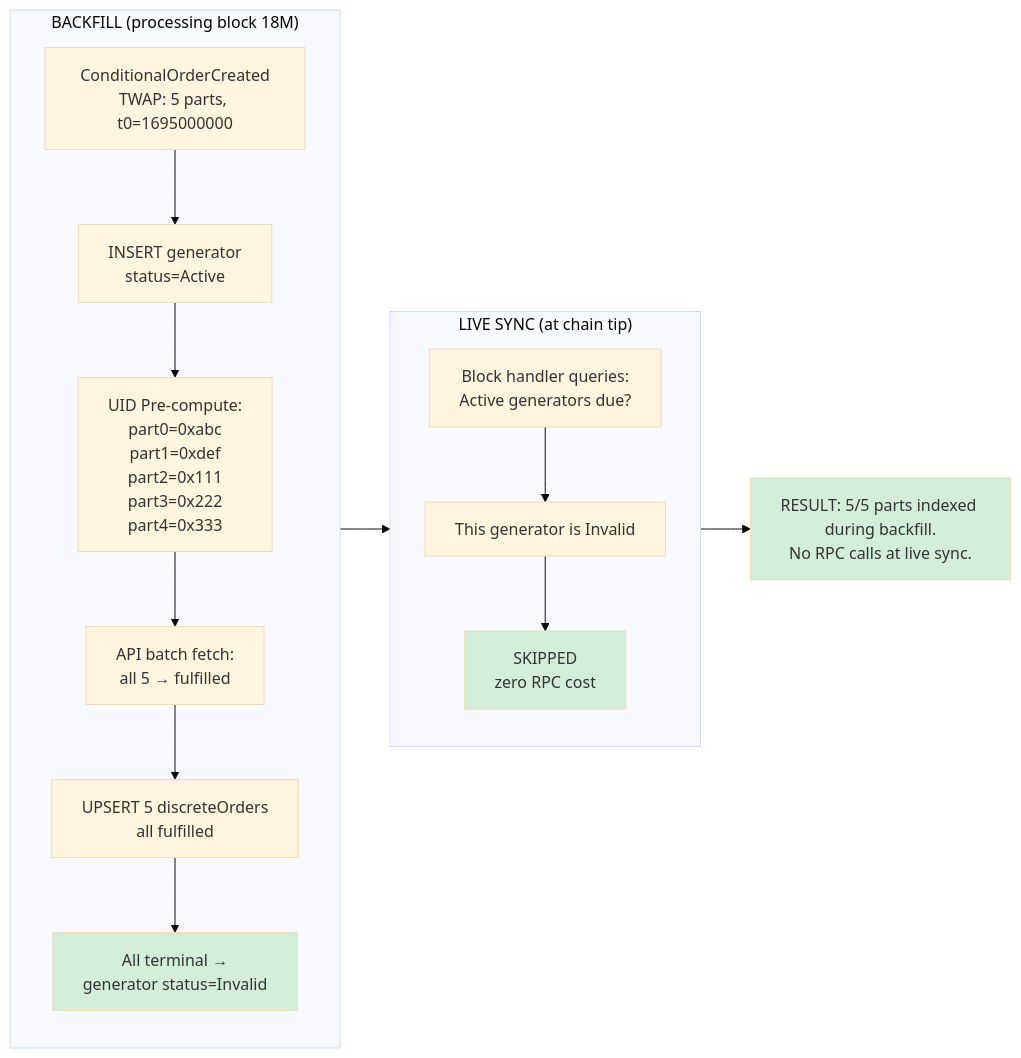
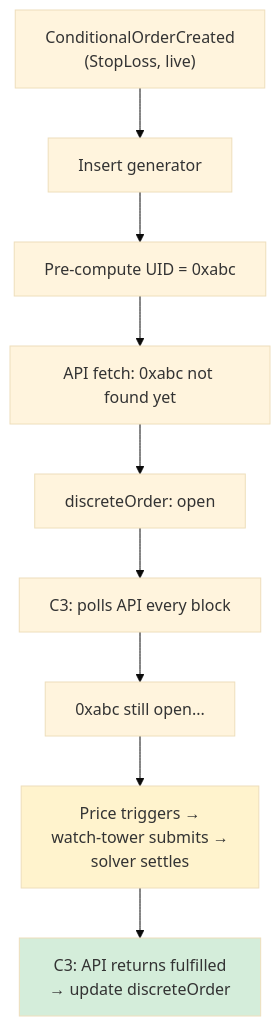
The fifth of 7 diagrams in agent_docs/m3-orderbook-integration-flow.md (bleu/cow-programmatic-orders-api), drawn with Mermaid (base theme) before and after one commit. The commit also changed other lines of this file, not shown here.

Commit message:
chore: rewritten flow doc with the new architecture

````diff
--- a/agent_docs/m3-orderbook-integration-flow.md
+++ b/agent_docs/m3-orderbook-integration-flow.md
@@ -654,30 +543,15 @@
 ```mermaid
-flowchart LR
-    subgraph Backfill["BACKFILL (processing block 18M)"]
-        direction TB
-        B1["ConditionalOrderCreated<br/>TWAP: 5 parts, t0=1695000000"]
-        B2["INSERT generator<br/>status=Active"]
-        B3["UID Pre-compute:<br/>part0=0xabc<br/>part1=0xdef<br/>part2=0x111<br/>part3=0x222<br/>part4=0x333"]
-        B4["API batch fetch:<br/>all 5 → fulfilled"]
-        B5["UPSERT 5 discreteOrders<br/>all fulfilled"]
-        B6["All terminal →<br/>generator status=Invalid"]
-        B1 --> B2 --> B3 --> B4 --> B5 --> B6
-    end
+flowchart TD
+    E["ConditionalOrderCreated<br/>(StopLoss, live)"] --> G["Insert generator"]
+    G --> Pre["Pre-compute UID = 0xabc"]
+    Pre --> API["API fetch: 0xabc not found yet"]
+    API --> Open["discreteOrder: open"]
 
-    subgraph Live["LIVE SYNC (at chain tip)"]
-        direction TB
-        L1["Block handler queries:<br/>Active generators due?"]
-        L2["This generator is Invalid"]
-        L3["SKIPPED<br/>zero RPC cost"]
-        L1 --> L2 --> L3
-    end
+    Open --> C3["C3: polls API every block"]
+    C3 --> Wait["0xabc still open..."]
+    Wait --> Trigger["Price triggers →<br/>watch-tower submits →<br/>solver settles"]
+    Trigger --> Fulfilled["C3: API returns fulfilled<br/>→ update discreteOrder"]
 
-    Backfill --> Live
-
-    Result["RESULT: 5/5 parts indexed during backfill.<br/>No RPC calls at live sync."]
-    Live --> Result
-
-    style B6 fill:#d4edda
-    style L3 fill:#d4edda
-    style Result fill:#d4edda
+    style Trigger fill:#fff3cd
+    style Fulfilled fill:#d4edda
 ```
````
